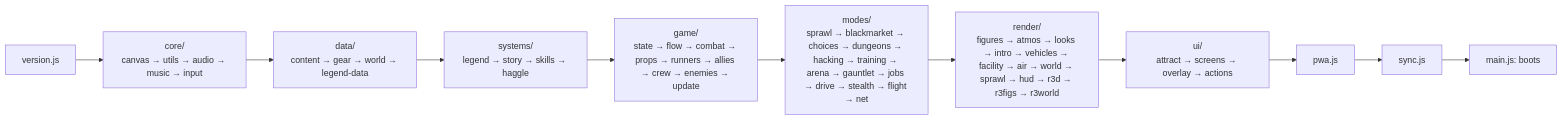
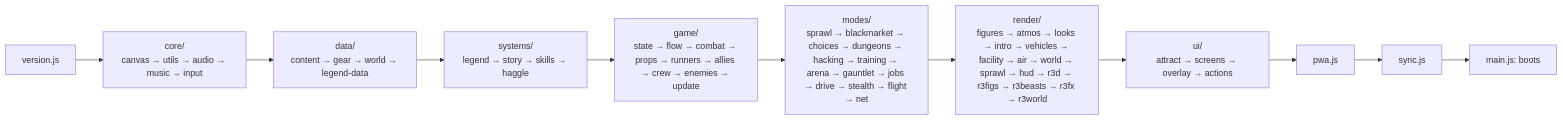
Before and after one commit to CptNope/Cyber-City-Tactics: the first of 4 diagrams in docs/wiki/Architecture.md, drawn with Mermaid. The commit also changed other lines of this file and 9 other files, not shown here.

````diff
--- a/docs/wiki/Architecture.md
+++ b/docs/wiki/Architecture.md
@@ -26,11 +26,11 @@
 ```mermaid
 flowchart LR
   V[version.js] --> CORE["core/<br/>canvas → utils → audio → music → input"]
   CORE --> DATA["data/<br/>content → gear → world → legend-data"]
   DATA --> SYS["systems/<br/>legend → story → skills → haggle"]
   SYS --> GAME["game/<br/>state → flow → combat → props → runners → allies → crew → enemies → update"]
   GAME --> MODES["modes/<br/>sprawl → blackmarket → choices → dungeons → hacking → training → arena → gauntlet → jobs → drive → stealth → flight → net"]
-  MODES --> REND["render/<br/>figures → atmos → looks → intro → vehicles → facility → air → world → sprawl → hud → r3d → r3figs → r3world"]
+  MODES --> REND["render/<br/>figures → atmos → looks → intro → vehicles → facility → air → world → sprawl → hud → r3d → r3figs → r3beasts → r3fx → r3world"]
   REND --> UI["ui/<br/>attract → screens → overlay → actions"]
   UI --> PWA[pwa.js] --> SYNC[sync.js] --> MAIN[main.js: boots]
 ```
````
